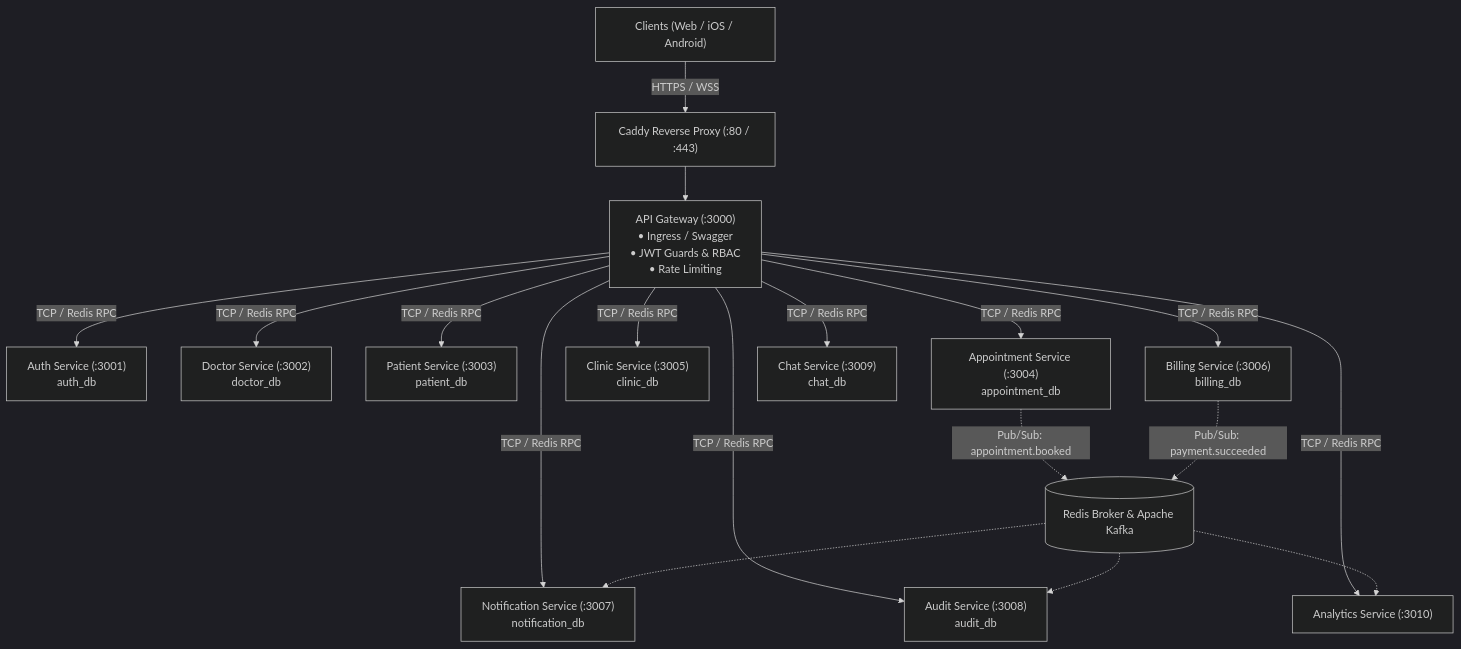
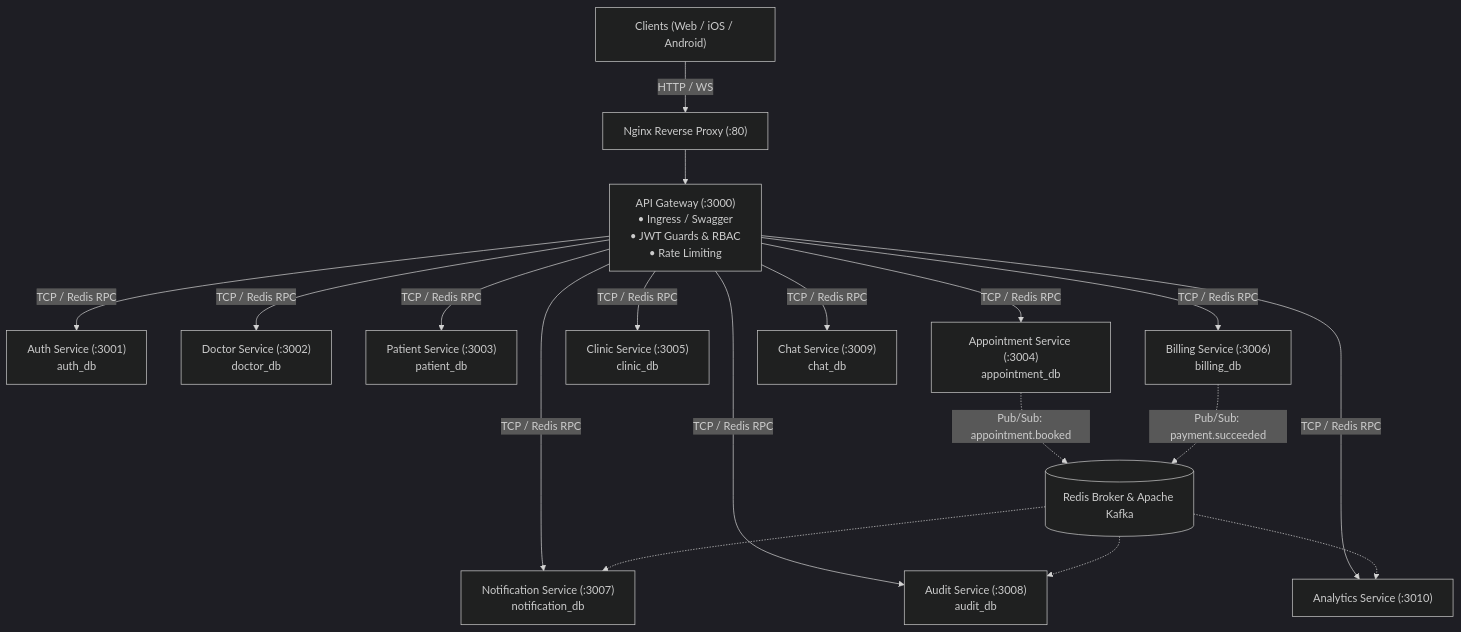
The diagram in GLOBAL_README.md (mdrezuanislamridoy/MedCare-Backend), drawn with Mermaid (dark theme) before and after one commit. The commit also changed 4 other files, not shown here.

Commit message:
migrate from Caddy to Nginx as the reverse proxy and update related configurations

````diff
--- a/GLOBAL_README.md
+++ b/GLOBAL_README.md
@@ -10,22 +10,22 @@
 ```mermaid
 flowchart TD
-    Client["Clients (Web / iOS / Android)"] -->|HTTPS / WSS| Caddy["Caddy Reverse Proxy (:80 / :443)"]
-    Caddy --> Gateway["API Gateway (:3000)\n• Ingress / Swagger\n• JWT Guards & RBAC\n• Rate Limiting"]
+    Client["Clients (Web / iOS / Android)"] -->|HTTP / WS| Nginx["Nginx Reverse Proxy (:80)"]
+    Nginx --> Gateway["API Gateway (:3000)\n• Ingress / Swagger\n• JWT Guards & RBAC\n• Rate Limiting"]
 
     Gateway -->|TCP / Redis RPC| AuthSvc["Auth Service (:3001)\nauth_db"]
     Gateway -->|TCP / Redis RPC| DoctorSvc["Doctor Service (:3002)\ndoctor_db"]
     Gateway -->|TCP / Redis RPC| PatientSvc["Patient Service (:3003)\npatient_db"]
     Gateway -->|TCP / Redis RPC| ApptSvc["Appointment Service (:3004)\nappointment_db"]
     Gateway -->|TCP / Redis RPC| ClinicSvc["Clinic Service (:3005)\nclinic_db"]
     Gateway -->|TCP / Redis RPC| BillingSvc["Billing Service (:3006)\nbilling_db"]
     Gateway -->|TCP / Redis RPC| NotifSvc["Notification Service (:3007)\nnotification_db"]
     Gateway -->|TCP / Redis RPC| AuditSvc["Audit Service (:3008)\naudit_db"]
     Gateway -->|TCP / Redis RPC| ChatSvc["Chat Service (:3009)\nchat_db"]
     Gateway -->|TCP / Redis RPC| AnalyticsSvc["Analytics Service (:3010)"]
 
     ApptSvc -.->|Pub/Sub: appointment.booked| RedisBroker[("Redis Broker & Apache Kafka")]
     BillingSvc -.->|Pub/Sub: payment.succeeded| RedisBroker
     RedisBroker -.-> NotifSvc
     RedisBroker -.-> AuditSvc
     RedisBroker -.-> AnalyticsSvc
 ```
````
